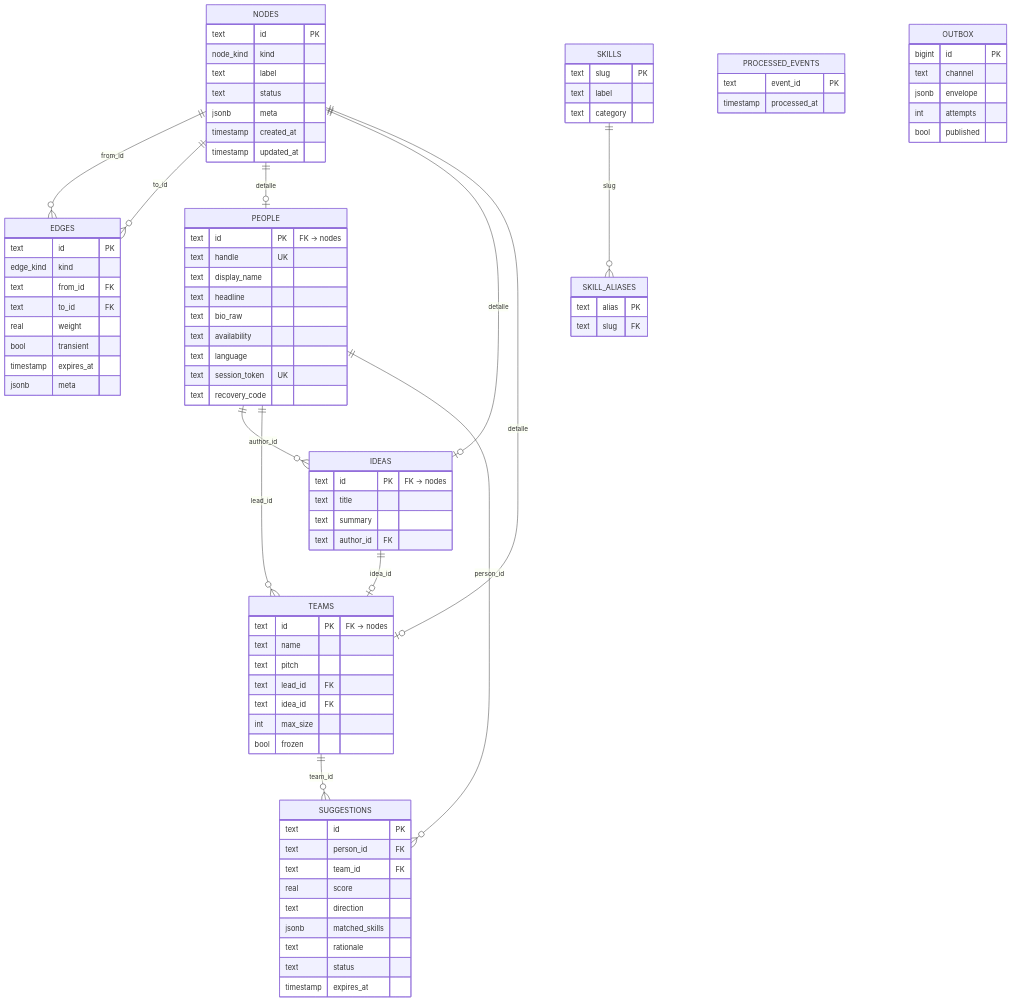
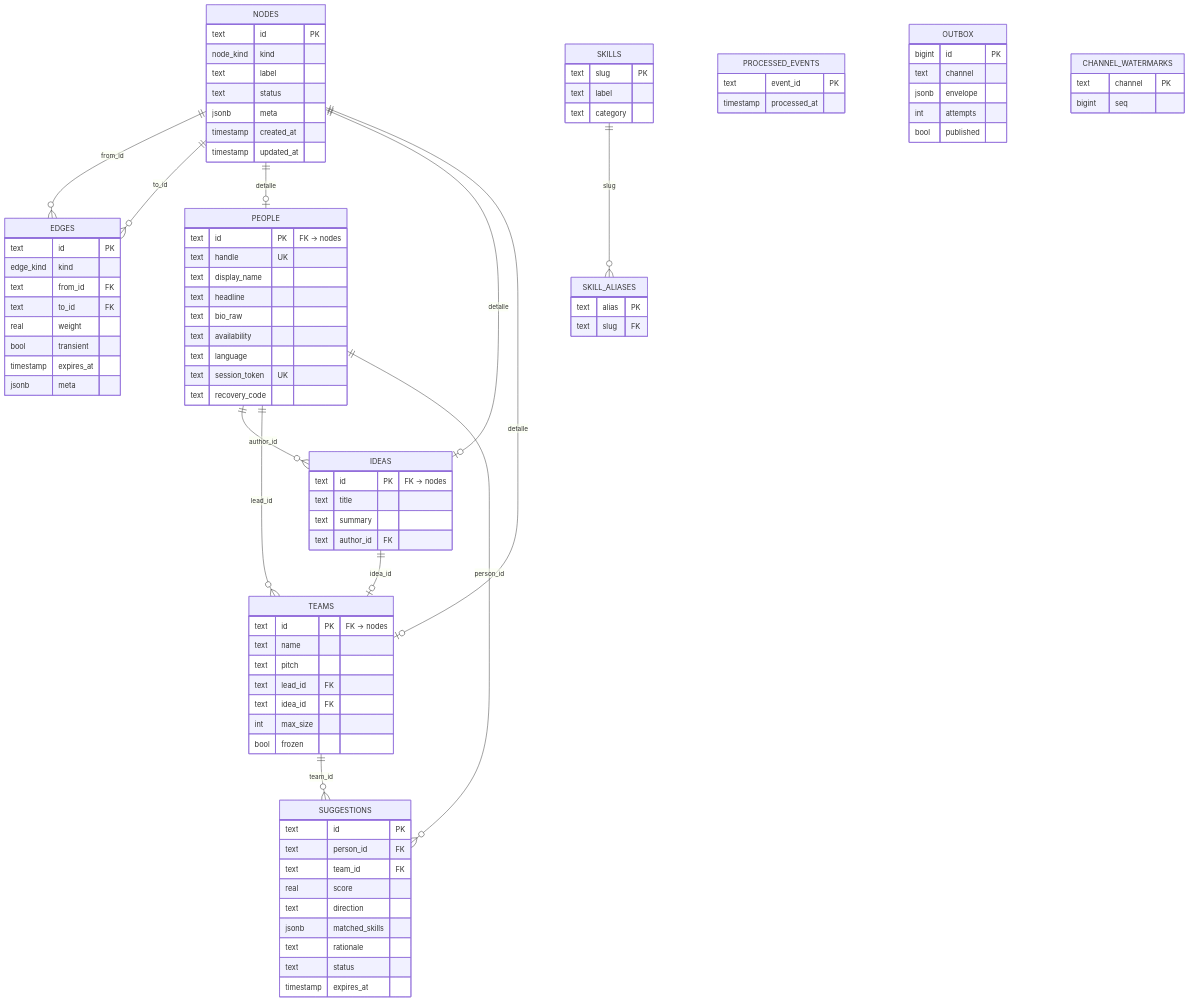
One commit to Edwarmkaer/nodo_web changed the diagram in docs/04-data-model.md. Above: the diagram before and after it, drawn with Mermaid. The commit also changed other lines of this file and 106 other files, not shown here.

```diff
--- a/docs/04-data-model.md
+++ b/docs/04-data-model.md
@@ -91,6 +91,10 @@
         int    attempts
         bool   published
     }
+    CHANNEL_WATERMARKS {
+        text   channel PK
+        bigint seq
+    }
 
     NODES  ||--o{ EDGES         : "from_id"
     NODES  ||--o{ EDGES         : "to_id"
```
